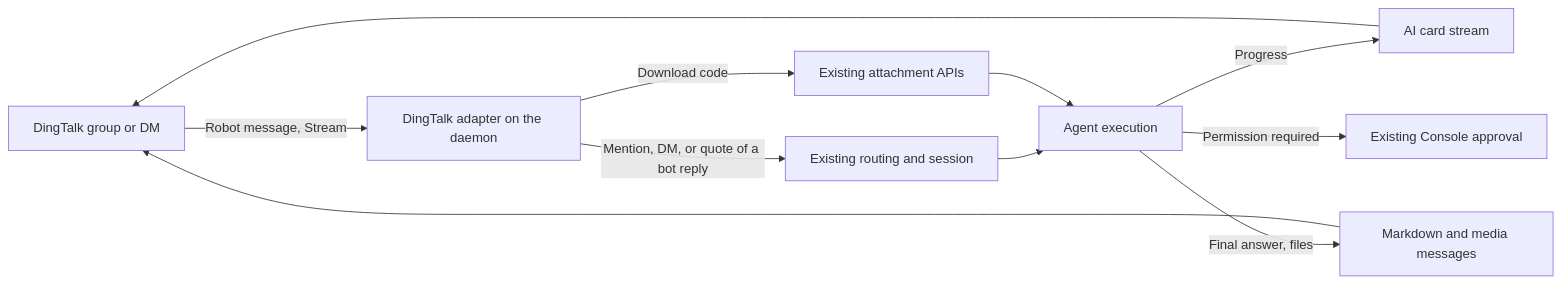
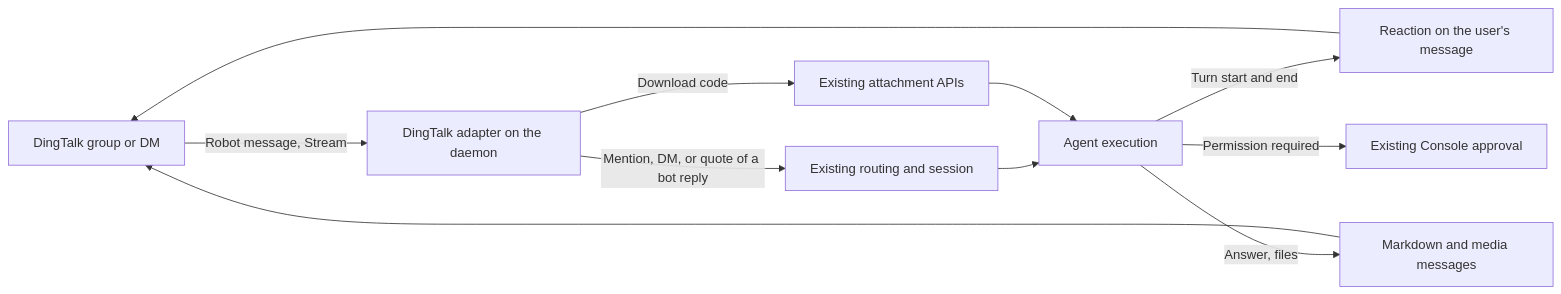
Before and after one commit to agentconnect-md/agentconnect: the diagram in docs/designs/dingtalk-integration.md, drawn with Mermaid. The commit also changed other lines of this file and 22 other files, not shown here.

````diff
--- a/docs/designs/dingtalk-integration.md
+++ b/docs/designs/dingtalk-integration.md
@@ -69,13 +69,13 @@
 ```mermaid
 flowchart LR
     G[DingTalk group or DM] -->|Robot message, Stream| X[DingTalk adapter on the daemon]
     X -->|Mention, DM, or quote of a bot reply| R[Existing routing and session]
     R --> A[Agent execution]
     X -->|Download code| F[Existing attachment APIs]
     F --> A
-    A -->|Progress| C[AI card stream]
-    A -->|Final answer, files| M[Markdown and media messages]
+    A -->|Turn start and end| C[Reaction on the user's message]
+    A -->|Answer, files| M[Markdown and media messages]
     C --> G
     M --> G
     A -->|Permission required| P[Existing Console approval]
 ```
````
